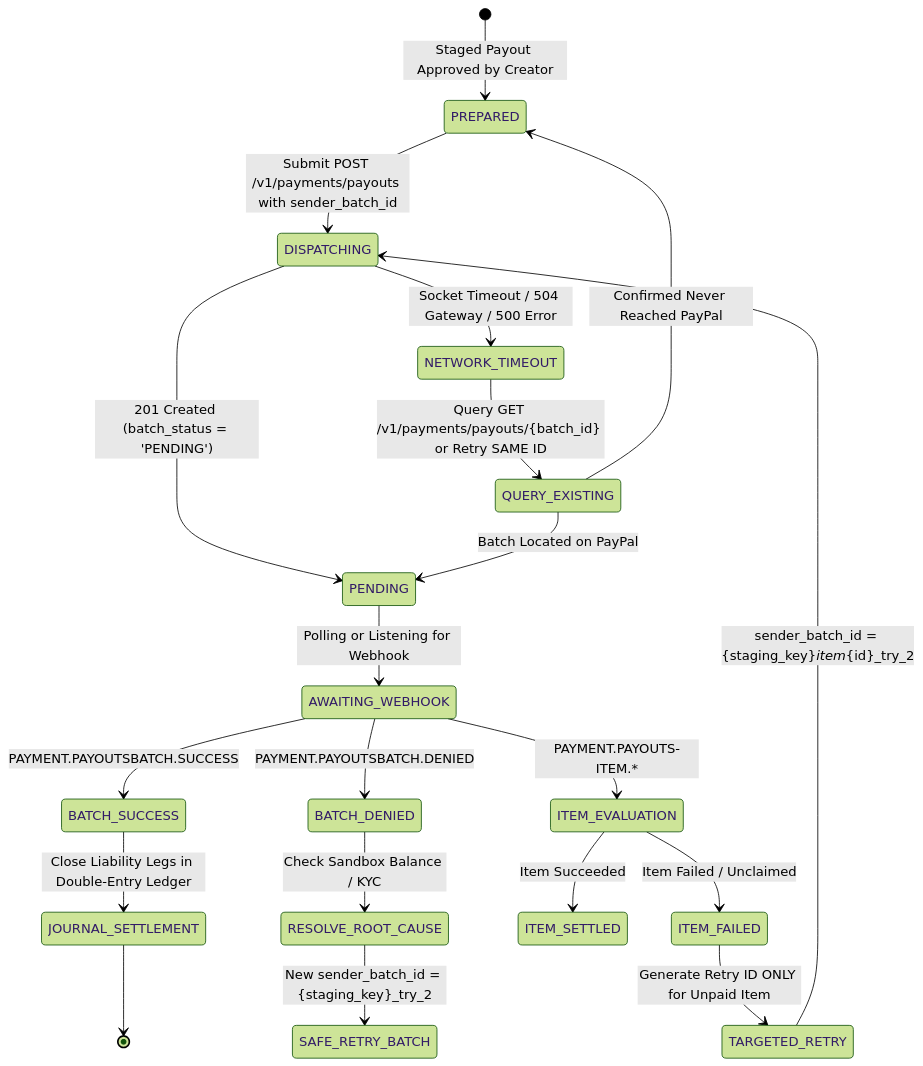
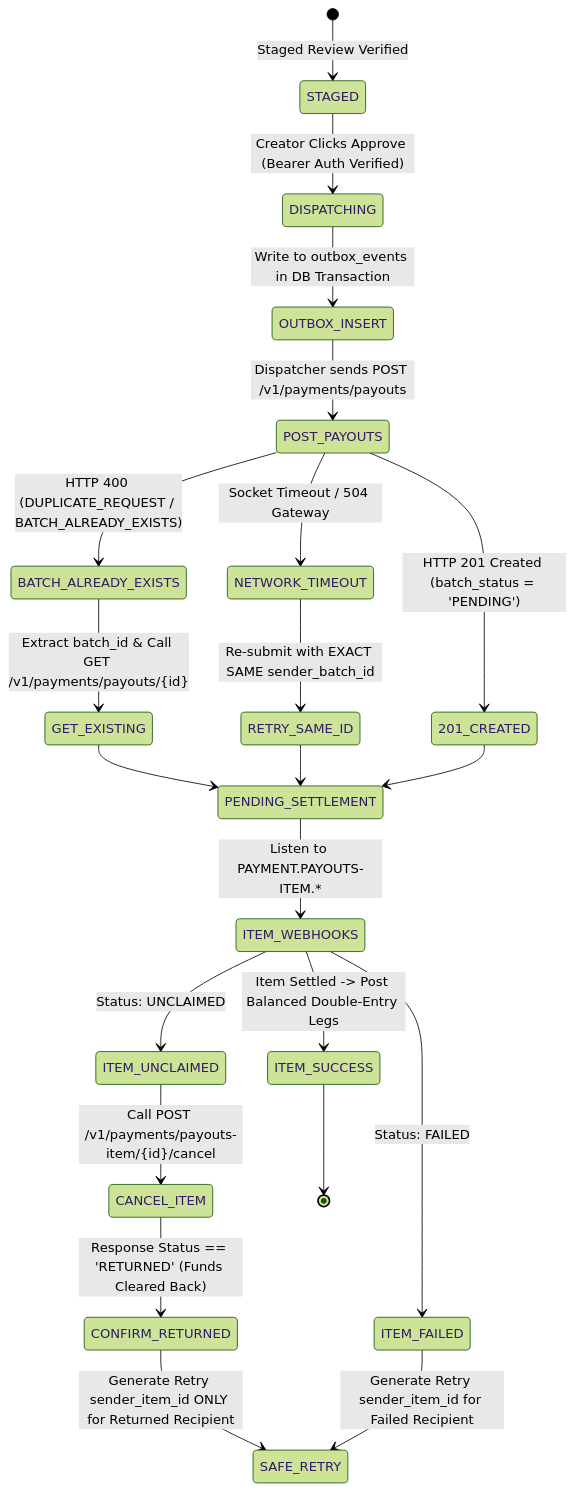
Before and after one commit to vinu225/SplitFlow: the second of 2 diagrams in SPLITFLOW_IMPLEMENTATION_PLAN_V3.md, drawn with Mermaid (forest theme). The commit also changed other lines of this file and 30 other files, not shown here.

````diff
--- a/SPLITFLOW_IMPLEMENTATION_PLAN_V3.md
+++ b/SPLITFLOW_IMPLEMENTATION_PLAN_V3.md
@@ -337,30 +551,33 @@
 ```mermaid
 stateDiagram-v2
-    [*] --> PREPARED : Staged Payout Approved by Creator
-    PREPARED --> DISPATCHING : Submit POST /v1/payments/payouts with sender_batch_id
+    [*] --> STAGED : Staged Review Verified
+    STAGED --> DISPATCHING : Creator Clicks Approve (Bearer Auth Verified)
     
-    DISPATCHING --> PENDING : 201 Created (batch_status = 'PENDING')
-    DISPATCHING --> NETWORK_TIMEOUT : Socket Timeout / 504 Gateway / 500 Error
+    DISPATCHING --> OUTBOX_INSERT : Write to outbox_events in DB Transaction
+    OUTBOX_INSERT --> POST_PAYOUTS : Dispatcher sends POST /v1/payments/payouts
     
-    NETWORK_TIMEOUT --> QUERY_EXISTING : Query GET /v1/payments/payouts/{batch_id} or Retry SAME ID
-    QUERY_EXISTING --> PENDING : Batch Located on PayPal
-    QUERY_EXISTING --> PREPARED : Confirmed Never Reached PayPal
+    POST_PAYOUTS --> 201_CREATED : HTTP 201 Created (batch_status = 'PENDING')
+    POST_PAYOUTS --> BATCH_ALREADY_EXISTS : HTTP 400 (DUPLICATE_REQUEST / BATCH_ALREADY_EXISTS)
+    POST_PAYOUTS --> NETWORK_TIMEOUT : Socket Timeout / 504 Gateway
     
-    PENDING --> AWAITING_WEBHOOK : Polling or Listening for Webhook
+    BATCH_ALREADY_EXISTS --> GET_EXISTING : Extract batch_id & Call GET /v1/payments/payouts/{id}
+    NETWORK_TIMEOUT --> RETRY_SAME_ID : Re-submit with EXACT SAME sender_batch_id
     
-    AWAITING_WEBHOOK --> BATCH_SUCCESS : PAYMENT.PAYOUTSBATCH.SUCCESS
-    AWAITING_WEBHOOK --> BATCH_DENIED : PAYMENT.PAYOUTSBATCH.DENIED
-    AWAITING_WEBHOOK --> ITEM_EVALUATION : PAYMENT.PAYOUTS-ITEM.*
+    GET_EXISTING --> PENDING_SETTLEMENT
+    RETRY_SAME_ID --> PENDING_SETTLEMENT
+    201_CREATED --> PENDING_SETTLEMENT
     
-    BATCH_DENIED --> RESOLVE_ROOT_CAUSE : Check Sandbox Balance / KYC
-    RESOLVE_ROOT_CAUSE --> SAFE_RETRY_BATCH : New sender_batch_id = {staging_key}_try_2
+    PENDING_SETTLEMENT --> ITEM_WEBHOOKS : Listen to PAYMENT.PAYOUTS-ITEM.*
     
-    ITEM_EVALUATION --> ITEM_FAILED : Item Failed / Unclaimed
-    ITEM_EVALUATION --> ITEM_SETTLED : Item Succeeded
+    ITEM_WEBHOOKS --> ITEM_SUCCESS : Item Settled -> Post Balanced Double-Entry Legs
+    ITEM_WEBHOOKS --> ITEM_UNCLAIMED : Status: UNCLAIMED
+    ITEM_WEBHOOKS --> ITEM_FAILED : Status: FAILED
     
-    ITEM_FAILED --> TARGETED_RETRY : Generate Retry ID ONLY for Unpaid Item
-    TARGETED_RETRY --> DISPATCHING : sender_batch_id = {staging_key}_item_{id}_try_2
+    ITEM_UNCLAIMED --> CANCEL_ITEM : Call POST /v1/payments/payouts-item/{id}/cancel
+    CANCEL_ITEM --> CONFIRM_RETURNED : Response Status == 'RETURNED' (Funds Cleared Back)
+    CONFIRM_RETURNED --> SAFE_RETRY : Generate Retry sender_item_id ONLY for Returned Recipient
     
-    BATCH_SUCCESS --> JOURNAL_SETTLEMENT : Close Liability Legs in Double-Entry Ledger
-    JOURNAL_SETTLEMENT --> [*]
+    ITEM_FAILED --> SAFE_RETRY : Generate Retry sender_item_id for Failed Recipient
+    
+    ITEM_SUCCESS --> [*]
 ```
````
